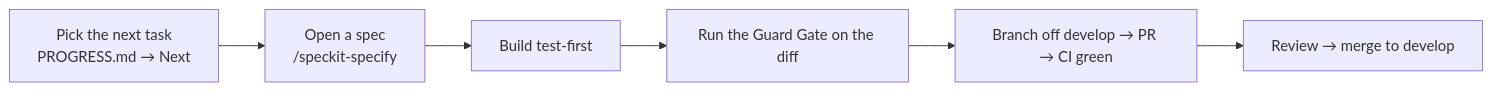
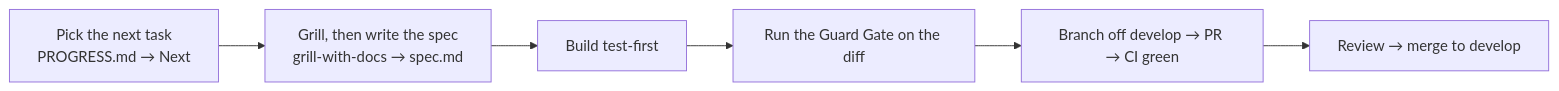
The diagram in docs/en/08-contributing/index.md (MustafaShaaban/corex), drawn with Mermaid before and after one commit. The commit also changed other lines of this file and 38 other files, not shown here.

````diff
--- a/docs/en/08-contributing/index.md
+++ b/docs/en/08-contributing/index.md
@@ -23,8 +23,8 @@
 ```mermaid
 flowchart LR
-  pick[Pick the next task<br/>PROGRESS.md → Next] --> spec[Open a spec<br/>/speckit-specify]
+  pick[Pick the next task<br/>PROGRESS.md → Next] --> spec[Grill, then write the spec<br/>grill-with-docs → spec.md]
   spec --> build[Build test-first]
   build --> guard[Run the Guard Gate on the diff]
   guard --> pr[Branch off develop → PR → CI green]
   pr --> merge[Review → merge to develop]
 ```
````
